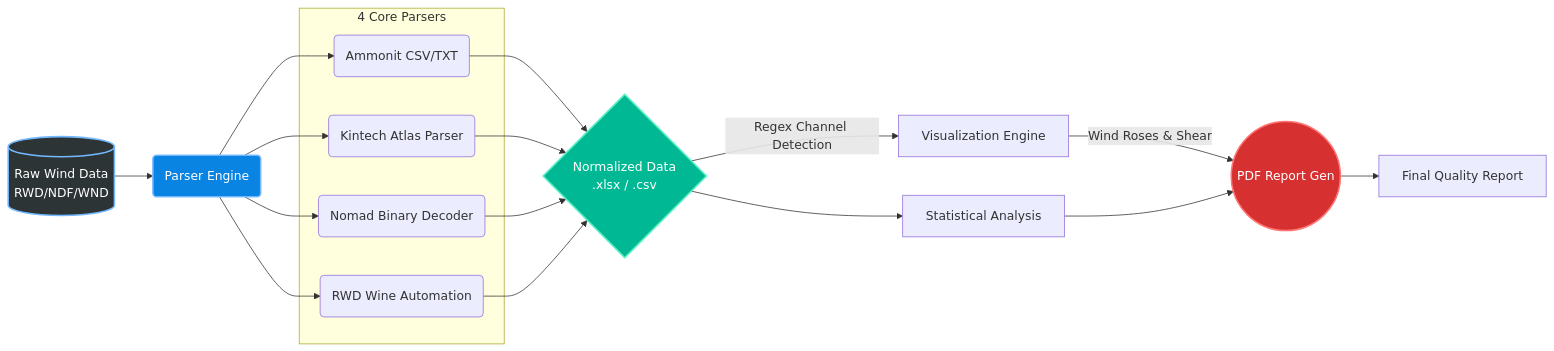
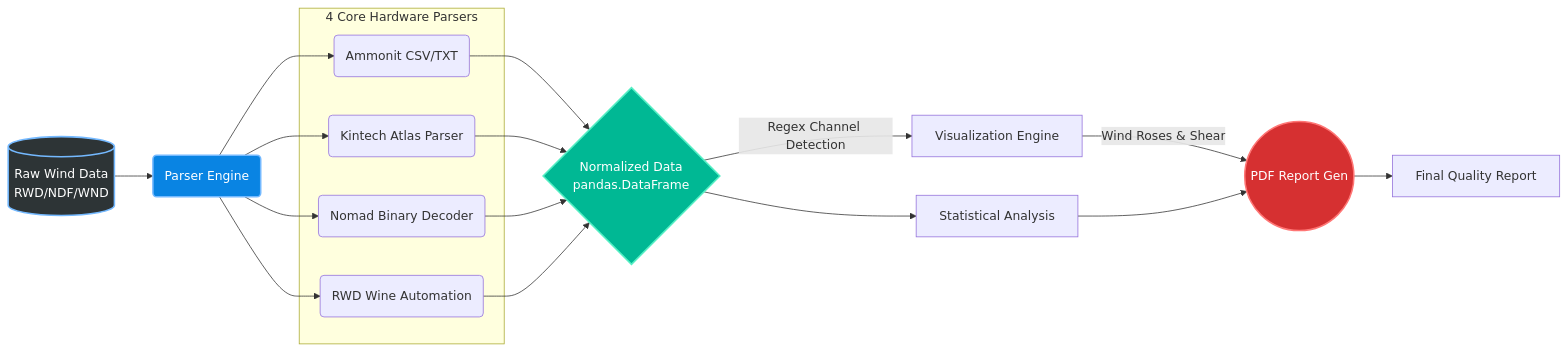
The diagram in README.md (navneethtripathy/NIWE_Parser), drawn with Mermaid before and after one commit. The commit also changed other lines of this file, not shown here.

````diff
--- a/README.md
+++ b/README.md
@@ -84,24 +86,24 @@
 ```mermaid
 graph LR
     A[(Raw Wind Data<br>RWD/NDF/WND)] --> B(Parser Engine)
     
-    subgraph 4 Core Parsers
+    subgraph 4 Core Hardware Parsers
         B1(Ammonit CSV/TXT)
         B2(Kintech Atlas Parser)
         B3(Nomad Binary Decoder)
         B4(RWD Wine Automation)
     end
     
     B --> B1 & B2 & B3 & B4
-    B1 & B2 & B3 & B4 --> C{Normalized Data<br>.xlsx / .csv}
+    B1 & B2 & B3 & B4 --> C{Normalized Data<br>pandas.DataFrame}
     C -->|Regex Channel Detection| D[Visualization Engine]
     C --> E[Statistical Analysis]
     D -->|Wind Roses & Shear| F((PDF Report Gen))
     E --> F
     F --> G[Final Quality Report]
     
     style A fill:#2d3436,stroke:#74b9ff,stroke-width:2px,color:#fff
     style B fill:#0984e3,stroke:#74b9ff,stroke-width:2px,color:#fff
     style C fill:#00b894,stroke:#55efc4,stroke-width:2px,color:#fff
     style F fill:#d63031,stroke:#ff7675,stroke-width:2px,color:#fff
 ```
````
